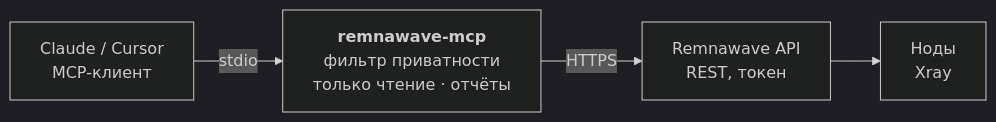
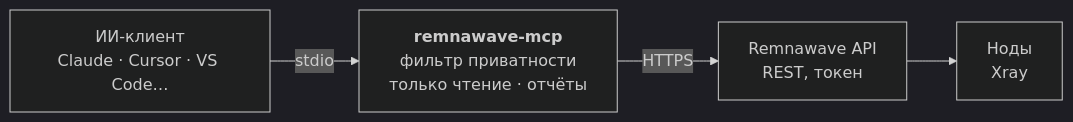
Before and after one commit to 3APA3A-3AHO3A/remnawave-mcp: the diagram in README.md, drawn with Mermaid (dark theme). The commit also changed other lines of this file and 3 other files, not shown here.

Commit message:
README: раздел «Подключение к клиентам» — готовые настройки для Cursor, VS Code, Windsurf, Cline, Zed, LM Studio, Codex и Gemini CLI; формулировки не привязаны к Claude

````diff
--- a/README.md
+++ b/README.md
@@ -57,6 +57,6 @@
 ```mermaid
 flowchart LR
-    A["Claude / Cursor<br/>MCP-клиент"] -- stdio --> B["<b>remnawave-mcp</b><br/>фильтр приватности<br/>только чтение · отчёты"]
+    A["ИИ-клиент<br/>Claude · Cursor · VS Code…"] -- stdio --> B["<b>remnawave-mcp</b><br/>фильтр приватности<br/>только чтение · отчёты"]
     B -- HTTPS --> C["Remnawave API<br/>REST, токен"]
     C --> D["Ноды<br/>Xray"]
 ```
````
